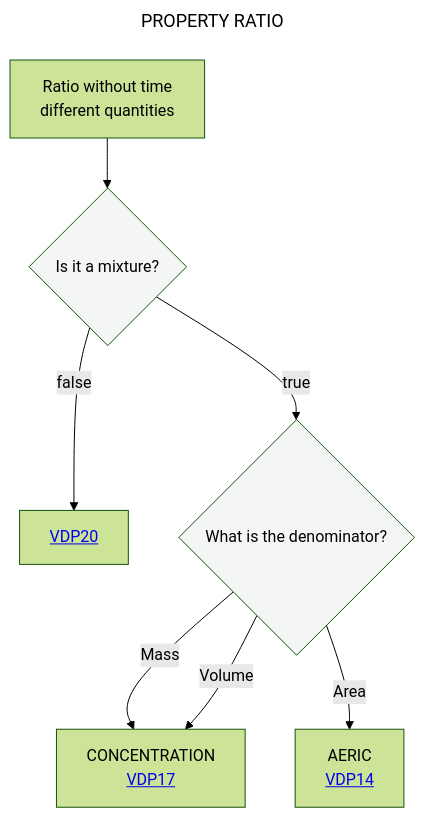
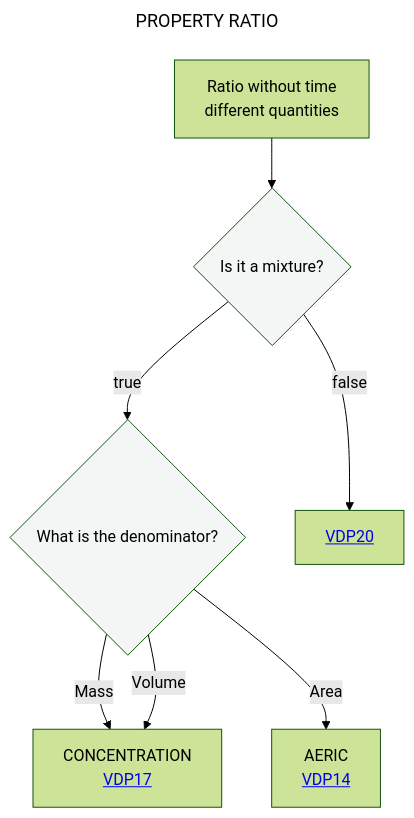
Before and after one commit to mabablue/I-ADOPT-patterns-playground: the diagram in Decisition_trees/DT4.mmd, drawn with Mermaid (forest theme). The commit also changed other lines of this file, not shown here.

```diff
--- a/Decisition_trees/DT4.mmd
+++ b/Decisition_trees/DT4.mmd
@@ -1,14 +1,14 @@
 ---
 title: PROPERTY RATIO
 ---
 flowchart TD
     A[Ratio without time <br> different quantities] --> B{Is it a mixture?}:::white
+    B --> |true|D{What is the denominator?}:::white
     B --> |false|M[<a href='https://github.com/mabablue/I-ADOPT-patterns-playground/blob/main/pattern/VDP20.yaml'>VDP20</a>]
-    B --> |true|D{What is the denominator?}:::white
     D -- Mass --> T[CONCENTRATION <br> <a href='https://github.com/mabablue/I-ADOPT-patterns-playground/blob/main/pattern/VDP17.yaml'>VDP17</a>]
     D -- Volume --> T
     D -- Area --> C[AERIC <br> <a href='https://github.com/mabablue/I-ADOPT-patterns-playground/blob/main/pattern/VDP14.yaml'>VDP14</a>]
    classDef blue fill:#90D5FF
    classDef satblue fill:#57B9FF 
    classDef white fill:#f3f6f4
    classDef green fill:#6aa84f
```
